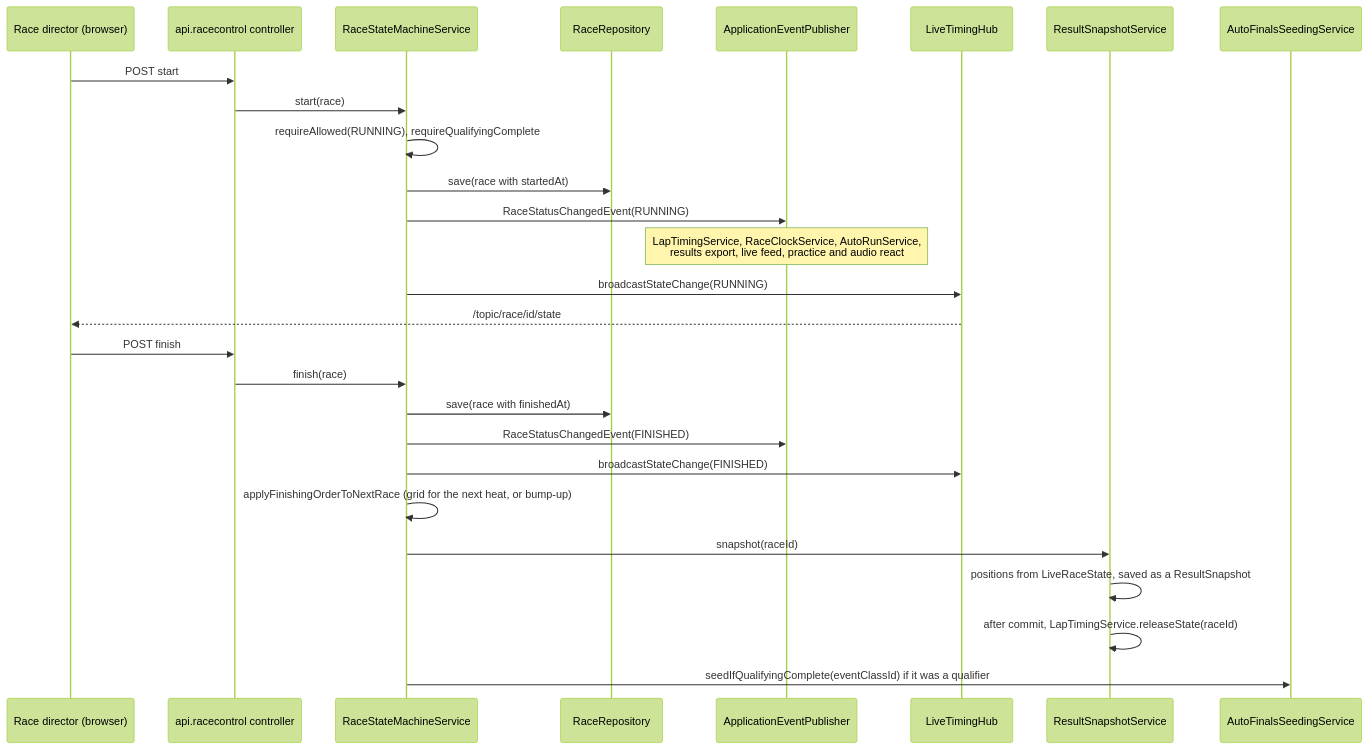
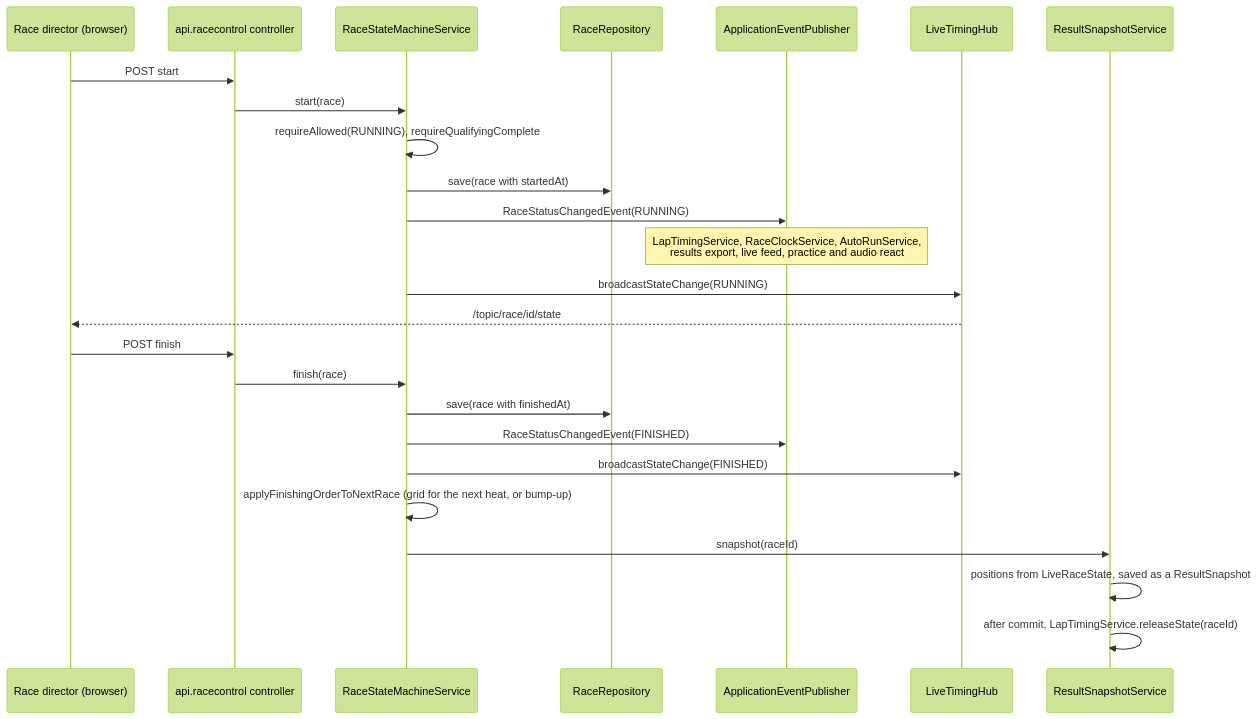
The second of 8 diagrams in docs/developer/sequences.md (RCRaceHub/RCTimingControl), drawn with Mermaid (forest theme) before and after one commit. The commit also changed other lines of this file and 28 other files, not shown here.

````diff
--- a/docs/developer/sequences.md
+++ b/docs/developer/sequences.md
@@ -64,31 +64,29 @@
 ```mermaid
 sequenceDiagram
     participant RD as Race director (browser)
     participant C as api.racecontrol controller
     participant SM as RaceStateMachineService
     participant RRp as RaceRepository
     participant Bus as ApplicationEventPublisher
     participant Hub as LiveTimingHub
     participant RS as ResultSnapshotService
-    participant AF as AutoFinalsSeedingService
 
     RD->>C: POST start
     C->>SM: start(race)
     SM->>SM: requireAllowed(RUNNING), requireQualifyingComplete
     SM->>RRp: save(race with startedAt)
     SM->>Bus: RaceStatusChangedEvent(RUNNING)
     Note over Bus: LapTimingService, RaceClockService, AutoRunService,<br/>results export, live feed, practice and audio react
     SM->>Hub: broadcastStateChange(RUNNING)
     Hub-->>RD: /topic/race/id/state
 
     RD->>C: POST finish
     C->>SM: finish(race)
     SM->>RRp: save(race with finishedAt)
     SM->>Bus: RaceStatusChangedEvent(FINISHED)
     SM->>Hub: broadcastStateChange(FINISHED)
     SM->>SM: applyFinishingOrderToNextRace (grid for the next heat, or bump-up)
     SM->>RS: snapshot(raceId)
     RS->>RS: positions from LiveRaceState, saved as a ResultSnapshot
     RS->>RS: after commit, LapTimingService.releaseState(raceId)
-    SM->>AF: seedIfQualifyingComplete(eventClassId) if it was a qualifier
 ```
````
